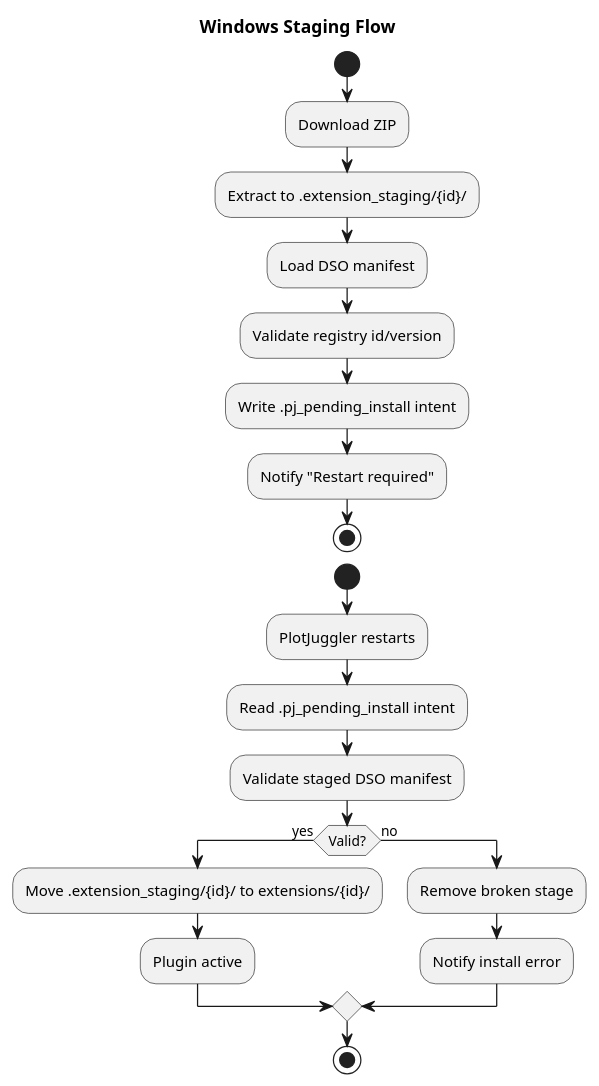
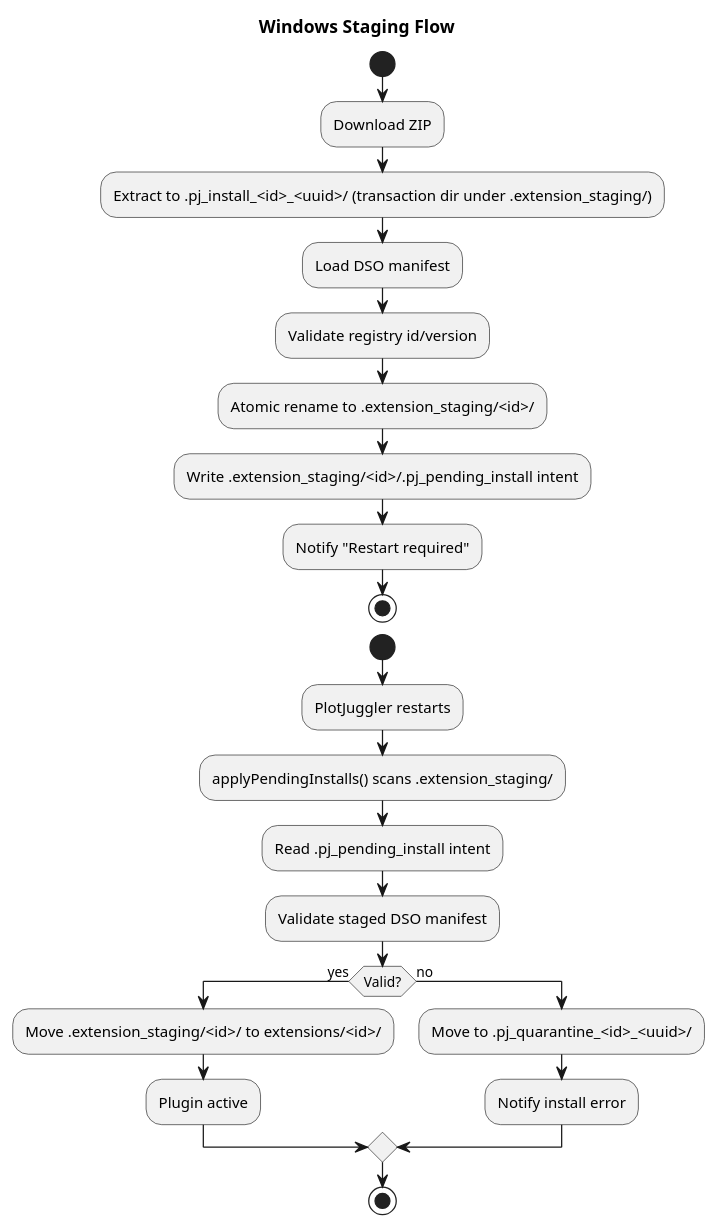
The third of 4 diagrams in pj_marketplace/documentation/ARCHITECTURE.md (PlotJuggler/plotjuggler_core), drawn with PlantUML before and after one commit. The commit also changed other lines of this file and 25 other files, not shown here.

````diff
--- a/pj_marketplace/documentation/ARCHITECTURE.md
+++ b/pj_marketplace/documentation/ARCHITECTURE.md
@@ -279,29 +286,31 @@
 ```plantuml
 @startuml
 skinparam backgroundColor white
 
 title Windows Staging Flow
 
 start
 :Download ZIP;
-:Extract to .extension_staging/{id}/;
+:Extract to .pj_install_<id>_<uuid>/ (transaction dir under .extension_staging/);
 :Load DSO manifest;
 :Validate registry id/version;
-:Write .pj_pending_install intent;
+:Atomic rename to .extension_staging/<id>/;
+:Write .extension_staging/<id>/.pj_pending_install intent;
 :Notify "Restart required";
 stop
 
 start
 :PlotJuggler restarts;
+:applyPendingInstalls() scans .extension_staging/;
 :Read .pj_pending_install intent;
 :Validate staged DSO manifest;
 if (Valid?) then (yes)
-:Move .extension_staging/{id}/ to extensions/{id}/;
+  :Move .extension_staging/<id>/ to extensions/<id>/;
   :Plugin active;
 else (no)
-  :Remove broken stage;
+  :Move to .pj_quarantine_<id>_<uuid>/;
   :Notify install error;
 endif
 stop
 @enduml
 ```
````
